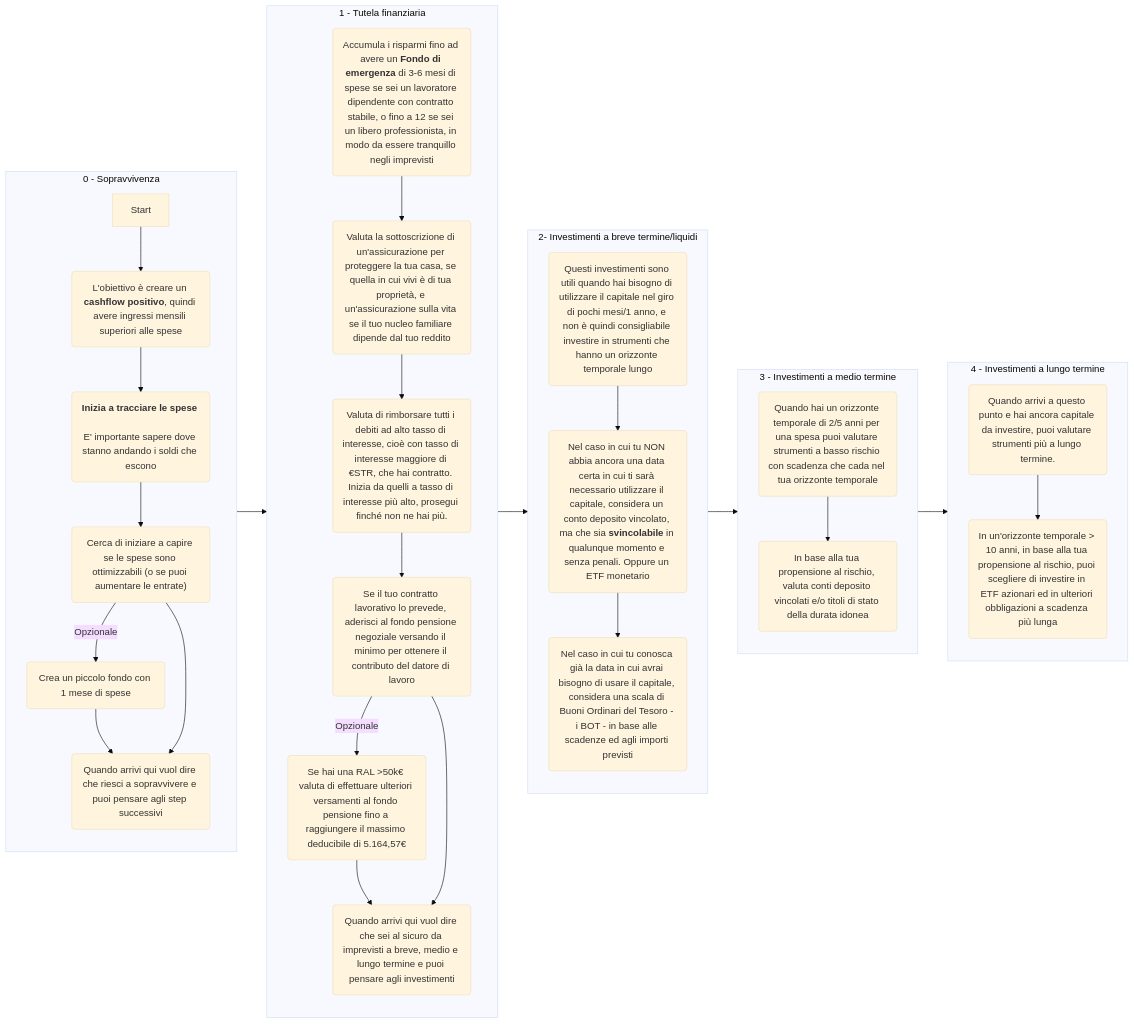
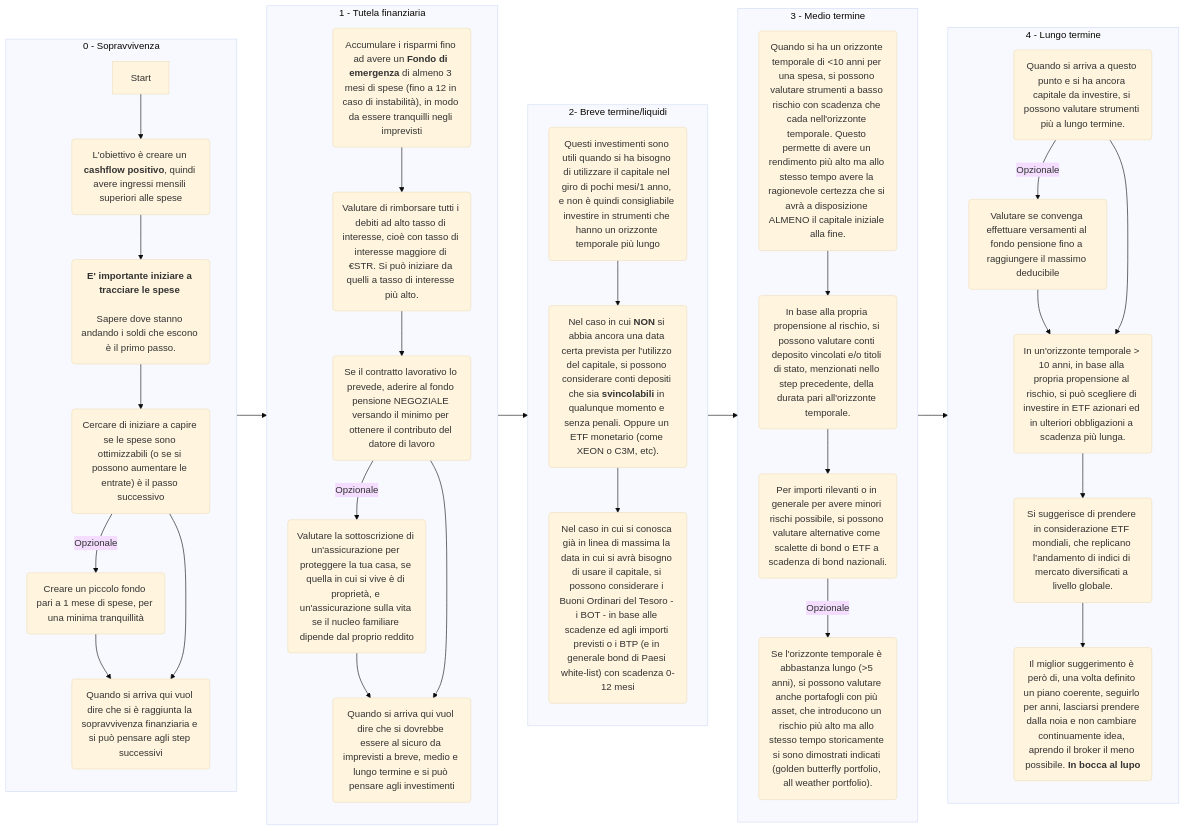
Before and after one commit to emish89/italiapersonalfinance: the diagram in src/content/charts/flowchart.mermaid, drawn with Mermaid (base theme).

Commit message:
feat(flowchart): flowchart updated

```diff
--- a/src/content/charts/flowchart.mermaid
+++ b/src/content/charts/flowchart.mermaid
@@ -1,59 +1,68 @@
 flowchart LR
     subgraph A[0 - Sopravvivenza]
     direction TB
     stepA1[Start]
     -->
     stepA2("`L'obiettivo è creare un **cashflow positivo**, quindi avere ingressi mensili superiori alle spese`")
     -->
-    stepA3("`**Inizia a tracciare le spese** #13;#13;E' importante sapere dove stanno andando i soldi che escono`")
+    stepA3("`**E' importante iniziare a tracciare le spese** #13;#13;Sapere dove stanno andando i soldi che escono è il primo passo.`")
     -->
-    stepA4("`Cerca di iniziare a capire se le spese sono ottimizzabili (o se puoi aumentare le entrate)`")
+    stepA4("`Cercare di iniziare a capire se le spese sono ottimizzabili (o se si possono aumentare le entrate) è il passo successivo`")
     -->
-    |Opzionale| optA5("`Crea un piccolo fondo con 1 mese di spese`") --> stepA6
+    |Opzionale| optA5("`Creare un piccolo fondo pari a 1 mese di spese, per una minima tranquillità`") --> stepA6
     stepA4-->stepA6
-    stepA6("`Quando arrivi qui vuol dire che riesci a sopravvivere e puoi pensare agli step successivi`")
+    stepA6("`Quando si arriva qui vuol dire che si è raggiunta la sopravvivenza finanziaria e si può pensare agli step successivi`")
     end
 
     subgraph B[1 - Tutela finanziaria]
     direction TB
-    stepB1("`Accumula i risparmi fino ad avere un **Fondo di emergenza** di 3-6 mesi di spese se sei un lavoratore dipendente con contratto stabile, o fino a 12 se sei un libero professionista, in modo da essere tranquillo negli imprevisti`")
+    stepB1("`Accumulare i risparmi fino ad avere un **Fondo di emergenza** di almeno 3 mesi di spese (fino a 12 in caso di instabilità), in modo da essere tranquilli negli imprevisti`")
     -->
-    stepB2("`Valuta la sottoscrizione di un'assicurazione per proteggere la tua casa, se quella in cui vivi è di tua proprietà, e un'assicurazione sulla vita se il tuo nucleo familiare dipende dal tuo reddito`")
+    stepB2("`Valutare di rimborsare tutti i debiti ad alto tasso di interesse, cioè con tasso di interesse maggiore di €STR. Si può iniziare da quelli a tasso di interesse più alto.`")
     -->
-    stepB3("`Valuta di rimborsare tutti i debiti ad alto tasso di interesse, cioè con tasso di interesse maggiore di €STR, che hai contratto. Inizia da quelli a tasso di interesse più alto, prosegui finché non ne hai più.`")
+    stepB3("`Se il contratto lavorativo lo prevede, aderire al fondo pensione NEGOZIALE versando il minimo per ottenere il contributo del datore di lavoro`")
     -->
-    stepB4("`Se il tuo contratto lavorativo lo prevede, aderisci al fondo pensione negoziale versando il minimo per ottenere il contributo del datore di lavoro`")
+    |Opzionale| optB5("`Valutare la sottoscrizione di un'assicurazione per proteggere la tua casa, se quella in cui si vive è di proprietà, e un'assicurazione sulla vita se il nucleo familiare dipende dal proprio reddito`")
     -->
-    |Opzionale| optB5("`Se hai una RAL >50k€ valuta di effettuare ulteriori versamenti al fondo pensione fino a raggiungere il massimo deducibile di 5.164,57€  `")
-    -->
-    stepB6("`Quando arrivi qui vuol dire che sei al sicuro da imprevisti a breve, medio e lungo termine e puoi pensare agli investimenti`")
-    stepB4-->stepB6
+    stepB6("`Quando si arriva qui vuol dire che si dovrebbe essere al sicuro da imprevisti a breve, medio e lungo termine e si può pensare agli investimenti`")
+    stepB3-->stepB6
     end
 
-    subgraph C[2- Investimenti a breve termine/liquidi]
+    subgraph C[2- Breve termine/liquidi]
     direction TB
-    stepC1("`Questi investimenti sono utili quando hai bisogno di utilizzare il capitale nel giro di pochi mesi/1 anno, e non è quindi consigliabile investire in strumenti che hanno un orizzonte temporale lungo`")
+    stepC1("`Questi investimenti sono utili quando si ha bisogno di utilizzare il capitale nel giro di pochi mesi/1 anno, e non è quindi consigliabile investire in strumenti che hanno un orizzonte temporale più lungo`")
     -->
-    stepC2("`Nel caso in cui tu NON abbia ancora una data certa in cui ti sarà necessario utilizzare il capitale, considera un conto deposito vincolato, ma che sia **svincolabile** in qualunque momento e senza penali. Oppure un ETF monetario`")
+    stepC2("`Nel caso in cui **NON** si abbia ancora una data certa prevista per l'utilizzo del capitale, si possono considerare conti depositi che sia **svincolabili** in qualunque momento e senza penali. Oppure un ETF monetario (come XEON o C3M, etc).`")
     -->
-    stepC3("`Nel caso in cui tu conosca già la data in cui avrai bisogno di usare il capitale, considera una scala di Buoni Ordinari del Tesoro - i BOT - in base alle scadenze ed agli importi previsti`")
+    stepC3("`Nel caso in cui si conosca già in linea di massima la data in cui si avrà bisogno di usare il capitale, si possono considerare i Buoni Ordinari del Tesoro - i BOT - in base alle scadenze ed agli importi previsti o i BTP (e in generale bond di Paesi white-list) con scadenza 0-12 mesi`")
     end
 
-    subgraph D[3 - Investimenti a medio termine]
+    subgraph D[3 - Medio termine]
     direction TB
-    stepD1("`Quando hai un orizzonte temporale di 2/5 anni per una spesa puoi valutare strumenti a basso rischio con scadenza che cada nel tua orizzonte temporale`")
+    stepD1("`Quando si ha un orizzonte temporale di <10 anni per una spesa, si possono valutare strumenti a basso rischio con scadenza che cada nell'orizzonte temporale. Questo permette di avere un rendimento più alto ma allo stesso tempo avere la ragionevole certezza che si avrà a disposizione ALMENO il capitale iniziale alla fine.`")
     -->
-    stepD2("`In base alla tua propensione al rischio, valuta conti deposito vincolati e/o titoli di stato della durata idonea`")
+    stepD2("`In base alla propria propensione al rischio, si possono valutare conti deposito vincolati e/o titoli di stato, menzionati nello step precedente, della durata pari all'orizzonte temporale.`")
+    -->
+    stepD3("`Per importi rilevanti o in generale per avere minori rischi possibile, si possono valutare alternative come scalette di bond o ETF a scadenza di bond nazionali.`")
+    -->
+    |Opzionale| optD4("`Se l'orizzonte temporale è abbastanza lungo (>5 anni), si possono valutare anche portafogli con più asset, che introducono un rischio più alto ma allo stesso tempo storicamente si sono dimostrati indicati (golden butterfly portfolio, all weather portfolio). `")
     end
 
-    subgraph E[4 - Investimenti a lungo termine]
+    subgraph E[4 - Lungo termine]
     direction TB
-    stepE1("`Quando arrivi a questo punto e hai ancora capitale da investire, puoi valutare strumenti più a lungo termine.`")
+    stepE1("`Quando si arriva a questo punto e si ha ancora capitale da investire, si possono valutare strumenti più a lungo termine.`")
     -->
-    stepEd("`In un'orizzonte temporale > 10 anni, in base alla tua propensione al rischio, puoi scegliere di investire in ETF azionari ed in ulteriori obbligazioni a scadenza più lunga`")
+    |Opzionale| optE2("`Valutare se convenga effettuare versamenti al fondo pensione fino a raggiungere il massimo deducibile`")
+    -->
+    stepE3("`In un'orizzonte temporale > 10 anni, in base alla propria propensione al rischio, si può scegliere di investire in ETF azionari ed in ulteriori obbligazioni a scadenza più lunga.`")
+    -->
+    stepE4("`Si suggerisce di prendere in considerazione ETF mondiali, che replicano l’andamento di indici di mercato diversificati a livello globale.`")
+    -->
+    stepE5("`Il miglior suggerimento è però di, una volta definito un piano coerente, seguirlo per anni, lasciarsi prendere dalla noia e non cambiare continuamente idea, aprendo il broker il meno possibile. **In bocca al lupo**`")
+    stepE1-->stepE3
     end    
 
     A-->B
     B-->C
     C-->D
     D-->E
```
